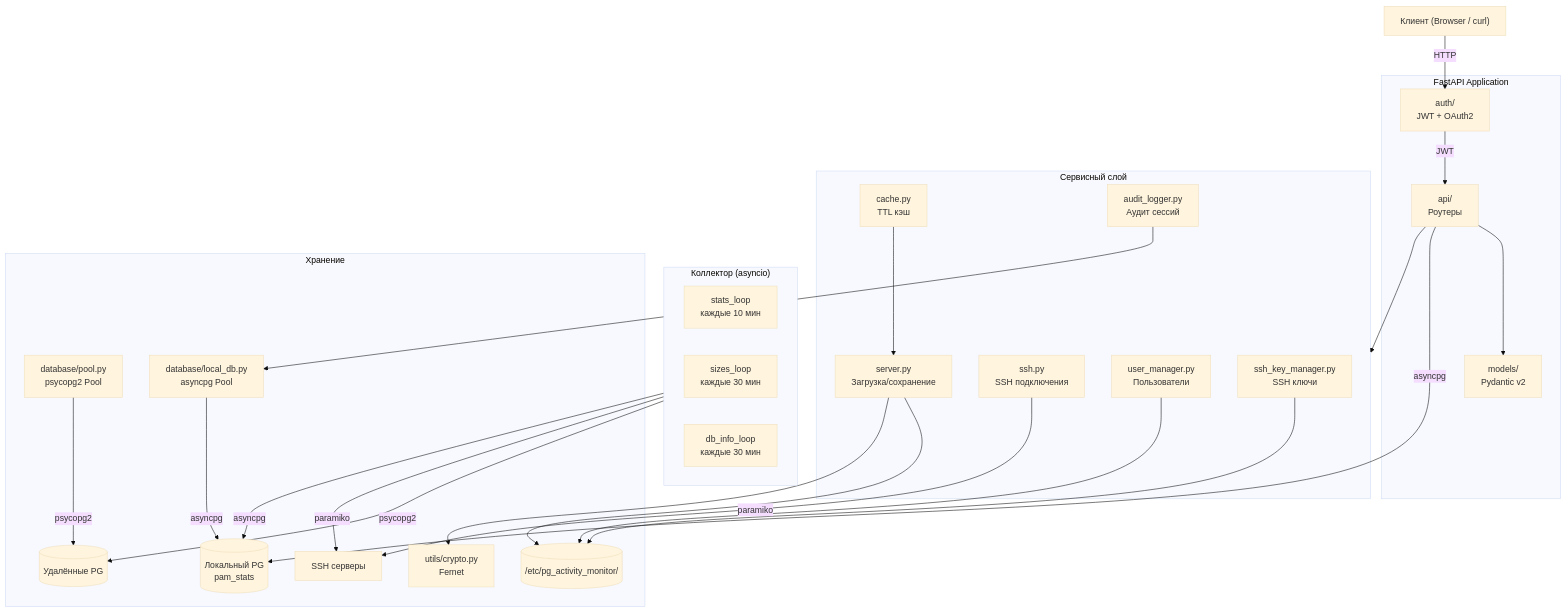
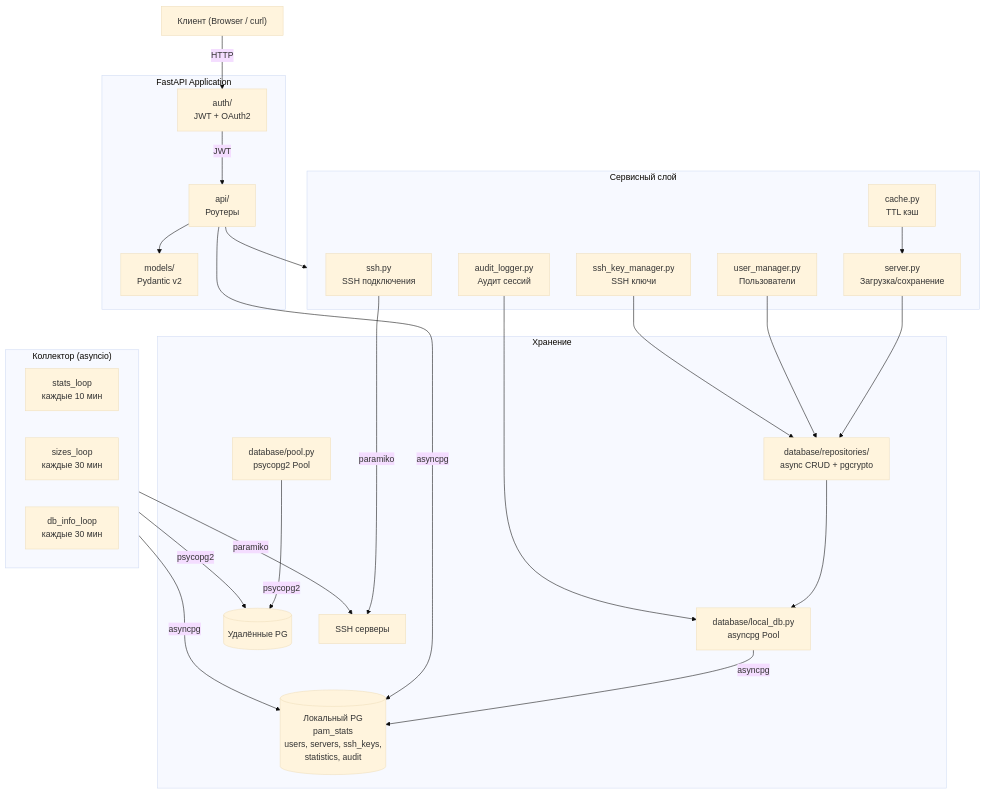
One commit to wobujidao/PostgreSQL-Activity-Monitor changed the diagram in backend/README.md. Above: the diagram before and after it, drawn with Mermaid (base theme). The commit also changed other lines of this file and 3 other files, not shown here.

````diff
--- a/backend/README.md
+++ b/backend/README.md
@@ -19,54 +19,53 @@
 ```mermaid
 graph TD
     Client["Клиент (Browser / curl)"]
 
     subgraph FastAPI["FastAPI Application"]
         Auth["auth/<br/>JWT + OAuth2"]
         Router["api/<br/>Роутеры"]
         Models["models/<br/>Pydantic v2"]
     end
 
     subgraph Collector["Коллектор (asyncio)"]
         Stats["stats_loop<br/>каждые 10 мин"]
         Sizes["sizes_loop<br/>каждые 30 мин"]
         DBInfo["db_info_loop<br/>каждые 30 мин"]
     end
 
     subgraph Services["Сервисный слой"]
         ServerSvc["server.py<br/>Загрузка/сохранение"]
         SSHSvc["ssh.py<br/>SSH подключения"]
         CacheSvc["cache.py<br/>TTL кэш"]
         UserSvc["user_manager.py<br/>Пользователи"]
         KeySvc["ssh_key_manager.py<br/>SSH ключи"]
         AuditSvc["audit_logger.py<br/>Аудит сессий"]
     end
 
     subgraph Storage["Хранение"]
         Pool["database/pool.py<br/>psycopg2 Pool"]
         LocalDB["database/local_db.py<br/>asyncpg Pool"]
-        Crypto["utils/crypto.py<br/>Fernet"]
+        Repos["database/repositories/<br/>async CRUD + pgcrypto"]
         PG[("Удалённые PG")]
-        LocalPG[("Локальный PG<br/>pam_stats")]
+        LocalPG[("Локальный PG<br/>pam_stats<br/>users, servers, ssh_keys,<br/>statistics, audit")]
         SSH["SSH серверы"]
-        Config[("/etc/pg_activity_monitor/")]
     end
 
     Client -->|HTTP| Auth
     Auth -->|JWT| Router
     Router --> Models
     Router --> Services
 
-    ServerSvc --> Config
-    ServerSvc --> Crypto
+    ServerSvc --> Repos
     SSHSvc -->|paramiko| SSH
     CacheSvc --> ServerSvc
-    UserSvc --> Config
-    KeySvc --> Config
+    UserSvc --> Repos
+    KeySvc --> Repos
+    Repos --> LocalDB
     Pool -->|psycopg2| PG
     LocalDB -->|asyncpg| LocalPG
     AuditSvc --> LocalDB
     Collector -->|psycopg2| PG
     Collector -->|paramiko| SSH
     Collector -->|asyncpg| LocalPG
     Router -->|asyncpg| LocalPG
 ```
````
